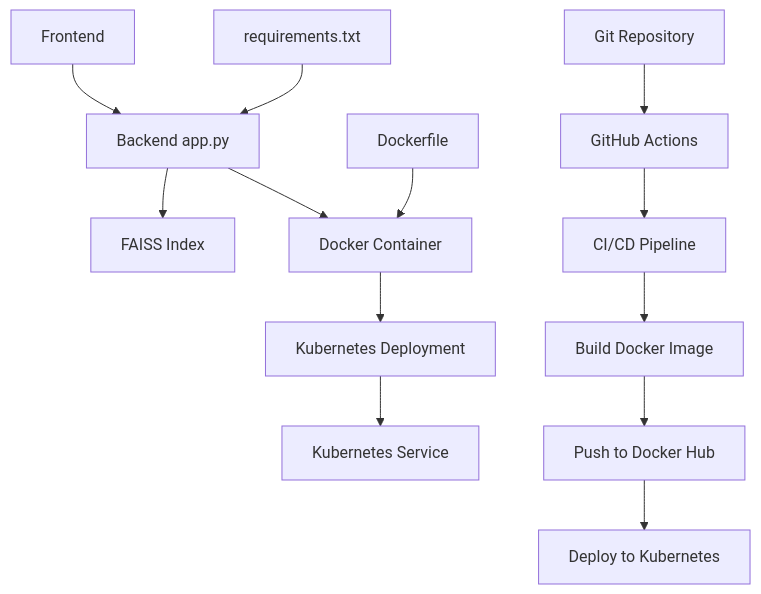
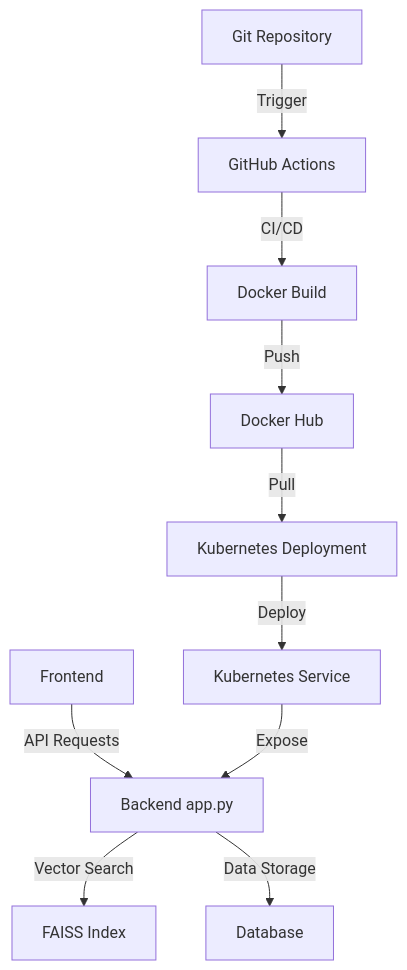
The diagram in Design.md (ashwanth01-pixel/flaskapp), drawn with Mermaid before and after one commit. The commit also changed other lines of this file and 2 other files, not shown here.

Commit message:
Automated: Add repo analysis, suggested fixes, and design diagram

````diff
--- a/Design.md
+++ b/Design.md
@@ -7,15 +7,12 @@
 ```mermaid
 graph TD;
-    A[Frontend] --> B[Backend app.py];
-    B --> C[FAISS Index];
-    B --> D[Docker Container];
-    D --> E[Kubernetes Deployment];
-    E --> F[Kubernetes Service];
-    G[GitHub Actions] --> H[CI/CD Pipeline];
-    H --> I[Build Docker Image];
-    I --> J[Push to Docker Hub];
-    J --> K[Deploy to Kubernetes];
-    L[Git Repository] --> G;
-    M[requirements.txt] --> B;
-    N[Dockerfile] --> D;
+    A[Frontend] -->|API Requests| B[Backend app.py]
+    B -->|Vector Search| C[FAISS Index]
+    B -->|Data Storage| D[Database]
+    E[GitHub Actions] -->|CI/CD| F[Docker Build]
+    F -->|Push| G[Docker Hub]
+    G -->|Pull| H[Kubernetes Deployment]
+    H -->|Deploy| I[Kubernetes Service]
+    I -->|Expose| B
+    J[Git Repository] -->|Trigger| E
 ```
````
